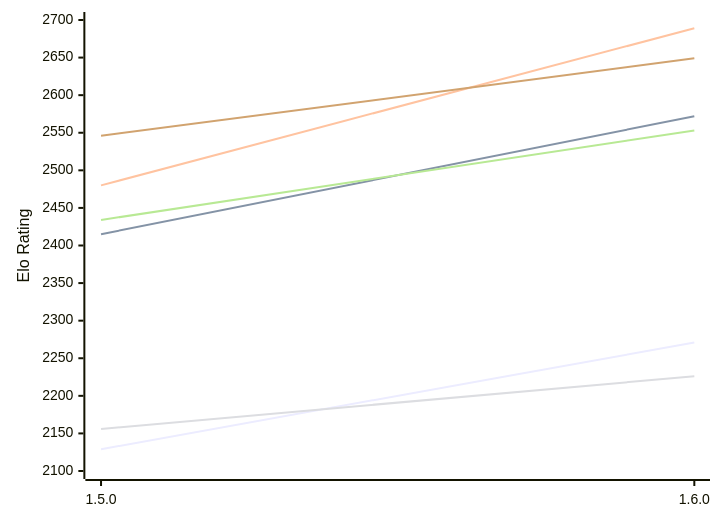
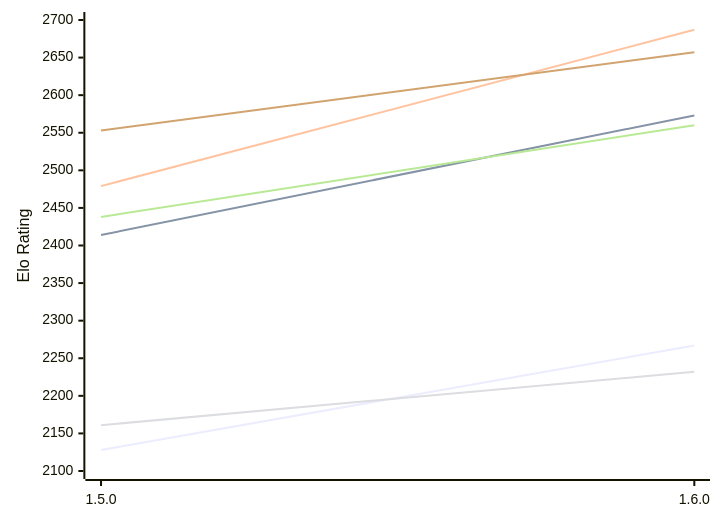
One commit to computer-chess-index/cci changed the first of 2 diagrams in engines/Tofiks.md. Above: the diagram before and after it, drawn with Mermaid. The commit also changed other lines of this file, not shown here.

Commit message:
Update CCI Ratings (ELO VLTC) - 2026-11-23

````diff
--- a/engines/Tofiks.md
+++ b/engines/Tofiks.md
@@ -51,12 +51,12 @@
 ```mermaid
 %%{init: {"theme":"base","themeVariables":{"seriesColors:['#a3a3a3','#222221','#faa371']}}}%%
 xychart-beta
   x-axis ["1.5.0", "1.6.0"]
   y-axis "Elo Rating" 2100 --> 2700
-  line "E1: STC (8.0+0.08s)" [2129, 2271]
-  line "E1: LTC (60.0+0.60s)" [2415, 2572]
-  line "E1: VLTC (2m24s+1.12s)" [2480, 2689]
-  line "P1: STC (8.0+0.08s)" [2156, 2226]
-  line "P1: LTC (60.0+0.60s)" [2434, 2553]
-  line "P1: VLTC (2m24s+1.12s)" [2546, 2649]
+  line "E1: STC (8.0+0.08s)" [2128, 2267]
+  line "E1: LTC (60.0+0.60s)" [2414, 2573]
+  line "E1: VLTC (2m24s+1.12s)" [2479, 2687]
+  line "P1: STC (8.0+0.08s)" [2161, 2232]
+  line "P1: LTC (60.0+0.60s)" [2438, 2560]
+  line "P1: VLTC (2m24s+1.12s)" [2553, 2657]
 ```
````
